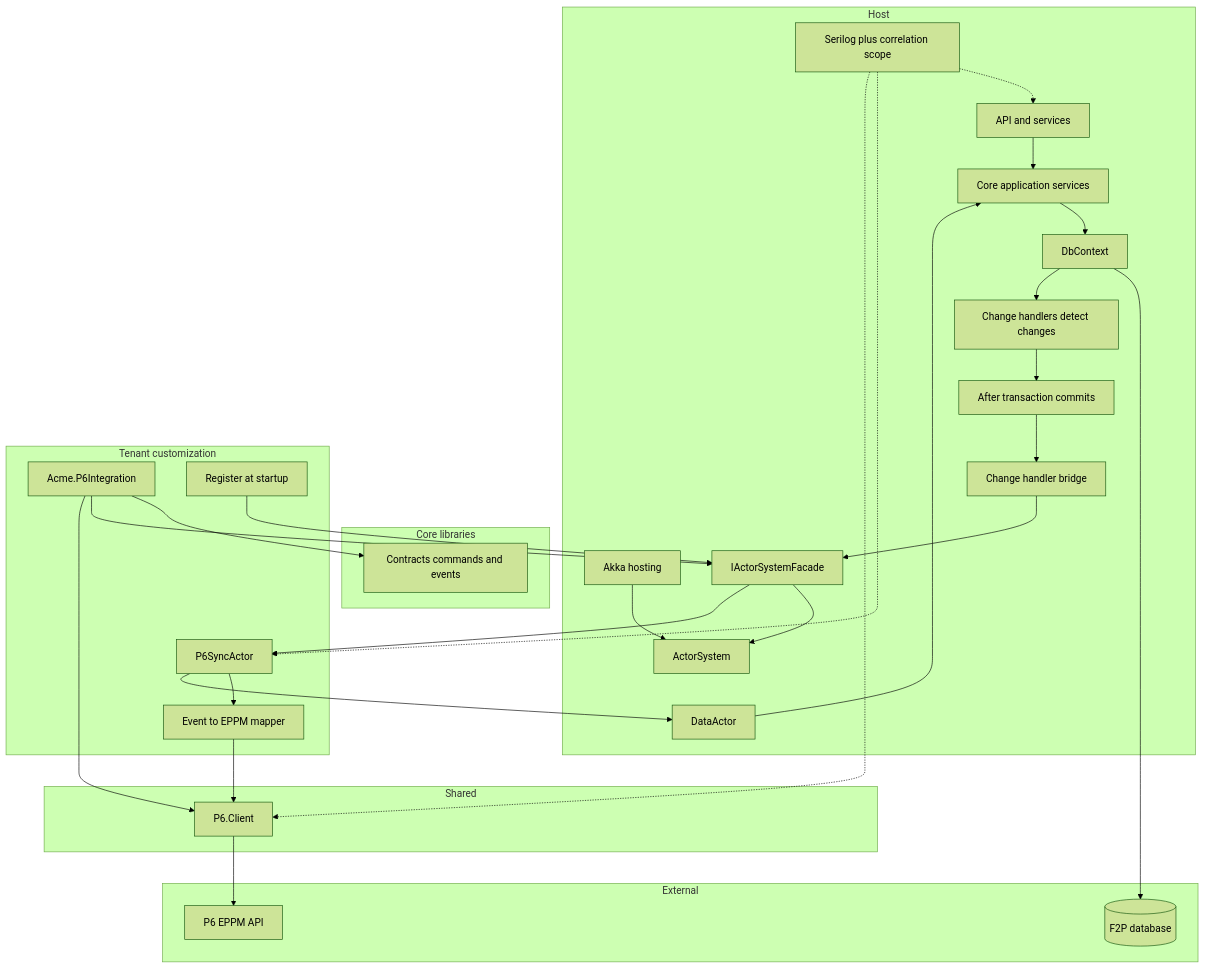
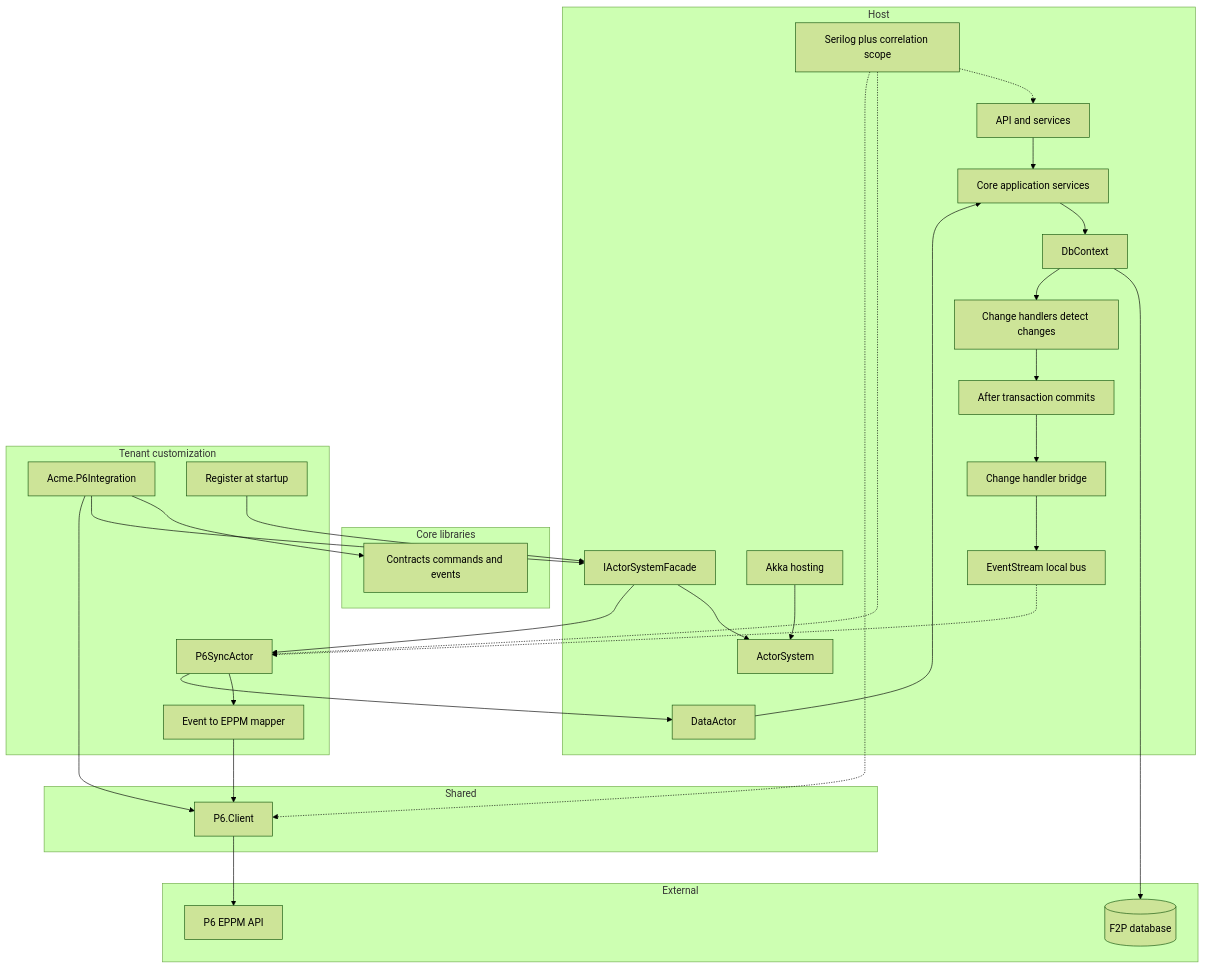
Before and after one commit to robbertF2P/Sandbox: the second of 4 diagrams in docs/floor2plan-akka-actor-integration-design.md, drawn with Mermaid (forest theme). The commit also changed other lines of this file, not shown here.

Commit message:
Clarify EventStream for domain events, Tell for commands only

````diff
--- a/docs/floor2plan-akka-actor-integration-design.md
+++ b/docs/floor2plan-akka-actor-integration-design.md
@@ -61,53 +63,55 @@
 ```mermaid
 flowchart TB
   subgraph host["Host"]
     API["API and services"]
     SVC["Core application services"]
     EF["DbContext"]
     CH["Change handlers detect changes"]
     COMMIT["After transaction commits"]
     BRIDGE["Change handler bridge"]
+    BUS["EventStream local bus"]
     HOST["Akka hosting"]
     AS["ActorSystem"]
     FACADE["IActorSystemFacade"]
     DATA_ACTOR["DataActor"]
     LOG["Serilog plus correlation scope"]
   end
 
   subgraph core_lib["Core libraries"]
     CONTRACTS["Contracts commands and events"]
   end
 
   subgraph tenant["Tenant customization"]
     P6_PROJ["Acme.P6Integration"]
     MAP["Event to EPPM mapper"]
     P6_ACTOR["P6SyncActor"]
     REG["Register at startup"]
   end
 
   subgraph shared["Shared"]
     P6_CLIENT["P6.Client"]
   end
 
   subgraph external["External"]
     DB[("F2P database")]
     P6API["P6 EPPM API"]
   end
 
   API --> SVC --> EF --> DB
   EF --> CH --> COMMIT --> BRIDGE
-  BRIDGE --> FACADE
+  BRIDGE --> BUS
+  BUS -.-> P6_ACTOR
   HOST --> AS
   FACADE --> AS
   FACADE --> P6_ACTOR
   DATA_ACTOR --> SVC
   REG --> FACADE
   P6_ACTOR --> MAP --> P6_CLIENT --> P6API
   P6_ACTOR --> DATA_ACTOR
   P6_PROJ --> CONTRACTS
   P6_PROJ --> FACADE
   P6_PROJ --> P6_CLIENT
   LOG -.-> API
   LOG -.-> P6_ACTOR
   LOG -.-> P6_CLIENT
 ```
````
